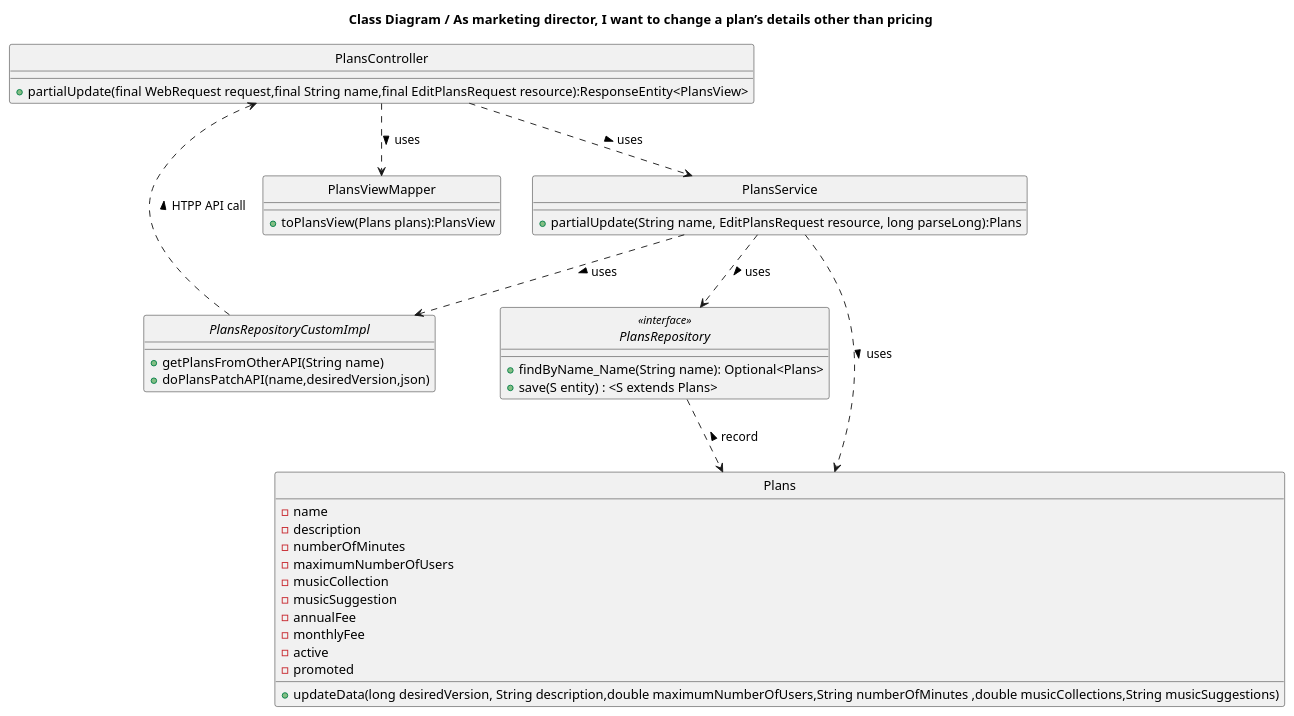
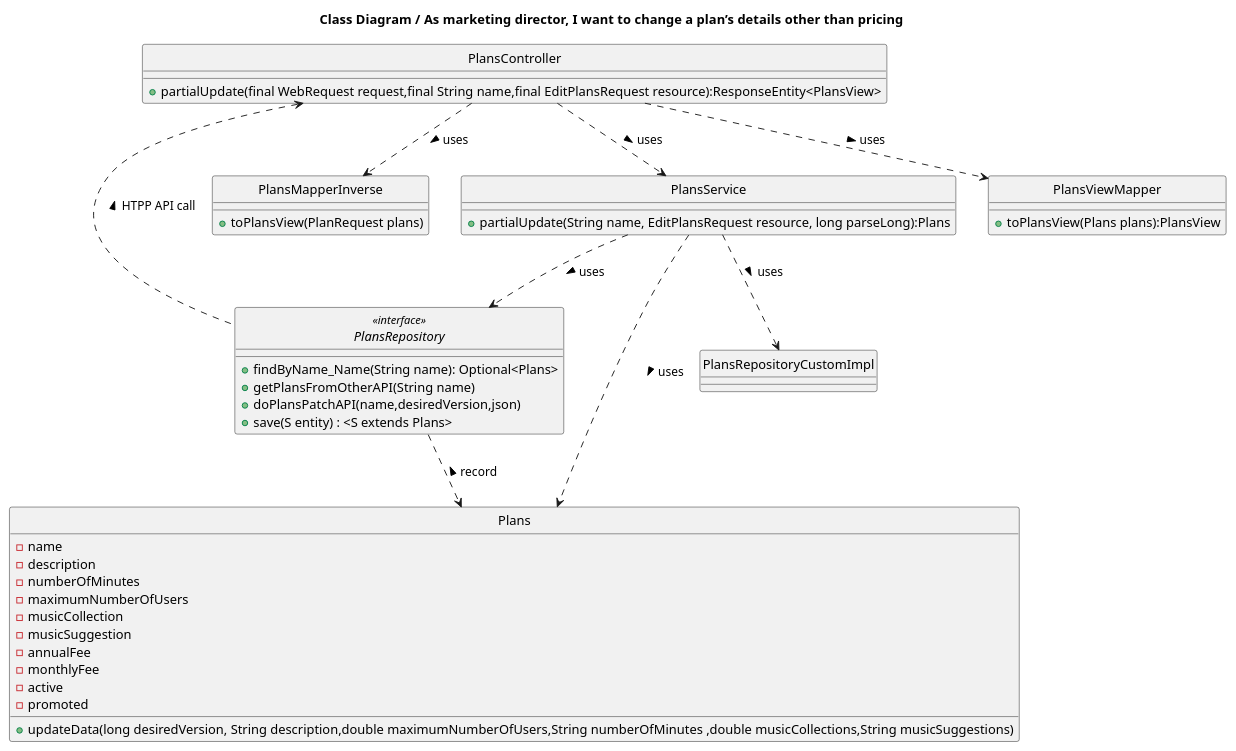
Before and after one commit to IsepMartimOliveira/SIDIS: the diagram in docs_sidis/Plans/WP#1A/US03/CD.puml, drawn with PlantUML. The commit also changed 12 other files, not shown here.

```diff
--- a/docs_sidis/Plans/WP#1A/US03/CD.puml
+++ b/docs_sidis/Plans/WP#1A/US03/CD.puml
@@ -1,51 +1,53 @@
 @startuml
 'https://plantuml.com/class-diagram
 hide circle
 class PlansRepository <<interface>>
 
 title Class Diagram /  As marketing director, I want to change a plan’s details other than pricing
 
 class Plans{
     -name
     - description
     - numberOfMinutes
     -maximumNumberOfUsers
     -musicCollection
      -musicSuggestion
      -annualFee
      -monthlyFee
      -active
      -promoted
      +updateData(long desiredVersion, String description,double maximumNumberOfUsers,String numberOfMinutes ,double musicCollections,String musicSuggestions)
 }
-class PlansViewMapper{
-    +toPlansView(Plans plans):PlansView
+class PlansMapperInverse{
+    +toPlansView(PlanRequest plans)
 }
 class PlansController{
     +partialUpdate(final WebRequest request,final String name,final EditPlansRequest resource):ResponseEntity<PlansView>
     }
 class PlansService{
  +partialUpdate(String name, EditPlansRequest resource, long parseLong):Plans
 }
-interface PlansRepositoryCustomImpl
-{
-+ getPlansFromOtherAPI(String name)
-+ doPlansPatchAPI(name,desiredVersion,json)
-}
 
 
+class PlansViewMapper{
+    +toPlansView(Plans plans):PlansView
+}
 interface PlansRepository
 {
 +findByName_Name(String name): Optional<Plans>
++ getPlansFromOtherAPI(String name)
++ doPlansPatchAPI(name,desiredVersion,json)
 +save(S entity) : <S extends Plans>
 }
 
 
 PlansController ..> PlansService: uses >
 PlansService ..> PlansRepository: uses >
 PlansService ..> PlansRepositoryCustomImpl: uses >
 PlansRepository ..> Plans: < record
 PlansService ..> Plans: uses >
-PlansRepositoryCustomImpl ..left>PlansController: HTPP API call >
+PlansRepository ..left>PlansController: HTPP API call >
+PlansController ..> PlansMapperInverse: uses >
 PlansController ..> PlansViewMapper: uses >
+
 @enduml
```
